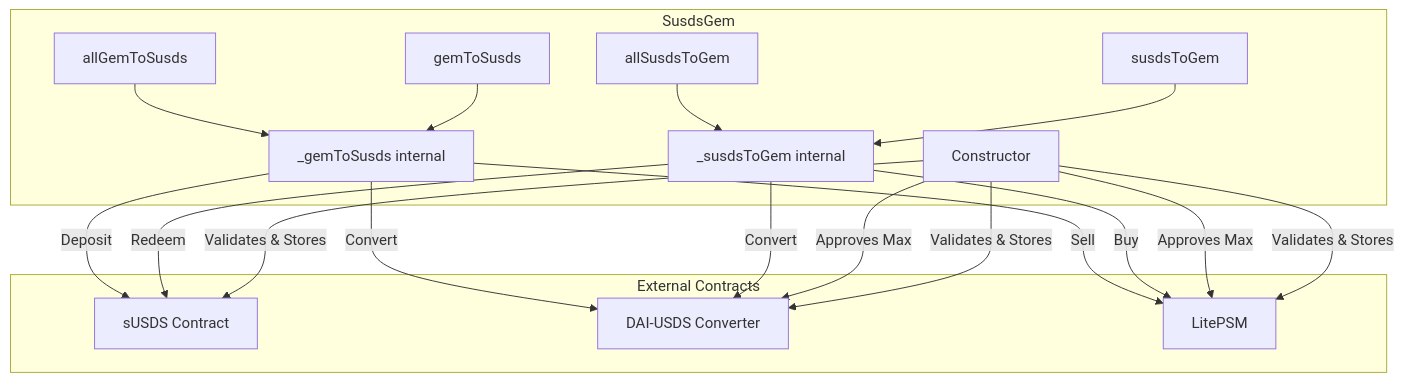
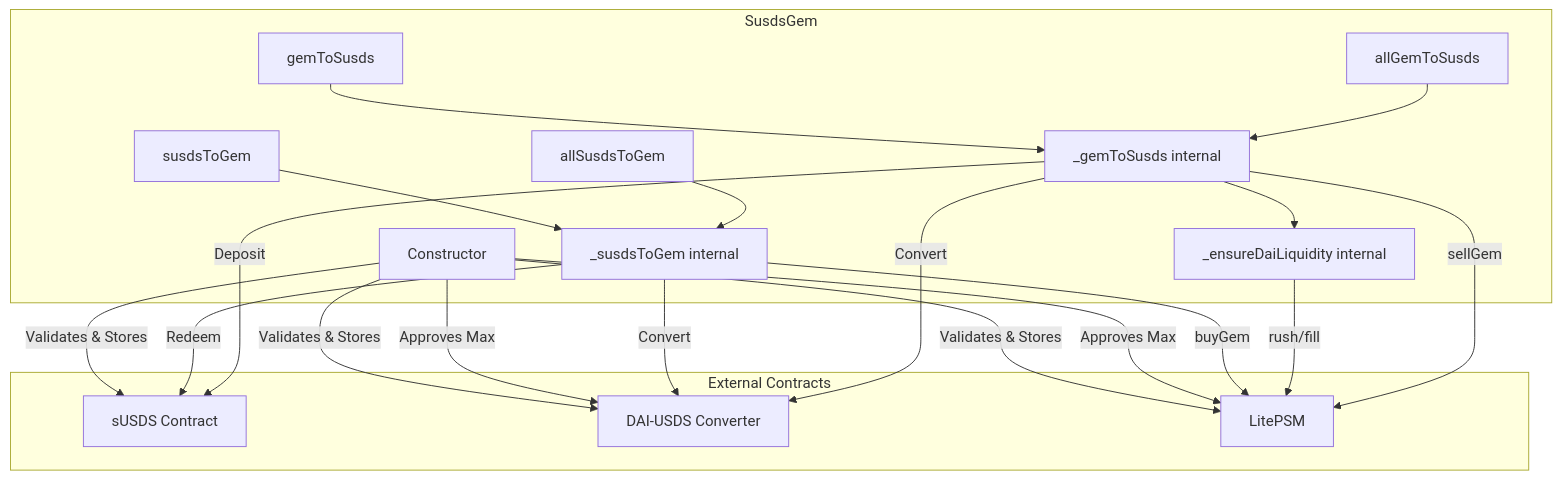
One commit to amusingaxl/sky-utils changed the fifth of 5 diagrams in README.md. Above: the diagram before and after it, drawn with Mermaid. The commit also changed other lines of this file, not shown here.

First line of the commit message:
docs: fix diagram terminology for LitePSM interactions

````diff
--- a/README.md
+++ b/README.md
@@ -146,35 +178,38 @@
 ```mermaid
 graph TB
     subgraph "External Contracts"
         A[sUSDS Contract]
         B[DAI-USDS Converter]
         C[LitePSM]
     end
 
     subgraph "SusdsGem"
         D[Constructor]
         E[susdsToGem]
         F[allSusdsToGem]
         G[gemToSusds]
         H[allGemToSusds]
         I[_susdsToGem internal]
         J[_gemToSusds internal]
+        K[_ensureDaiLiquidity internal]
     end
 
     D -->|Validates & Stores| A
     D -->|Validates & Stores| B
     D -->|Validates & Stores| C
     D -->|Approves Max| B
     D -->|Approves Max| C
 
     E --> I
     F --> I
     G --> J
     H --> J
     I -->|Redeem| A
     I -->|Convert| B
-    I -->|Buy| C
-    J -->|Sell| C
+    I -->|buyGem| C
+    J --> K
+    K -->|rush/fill| C
+    J -->|sellGem| C
     J -->|Convert| B
     J -->|Deposit| A
 ```
````
